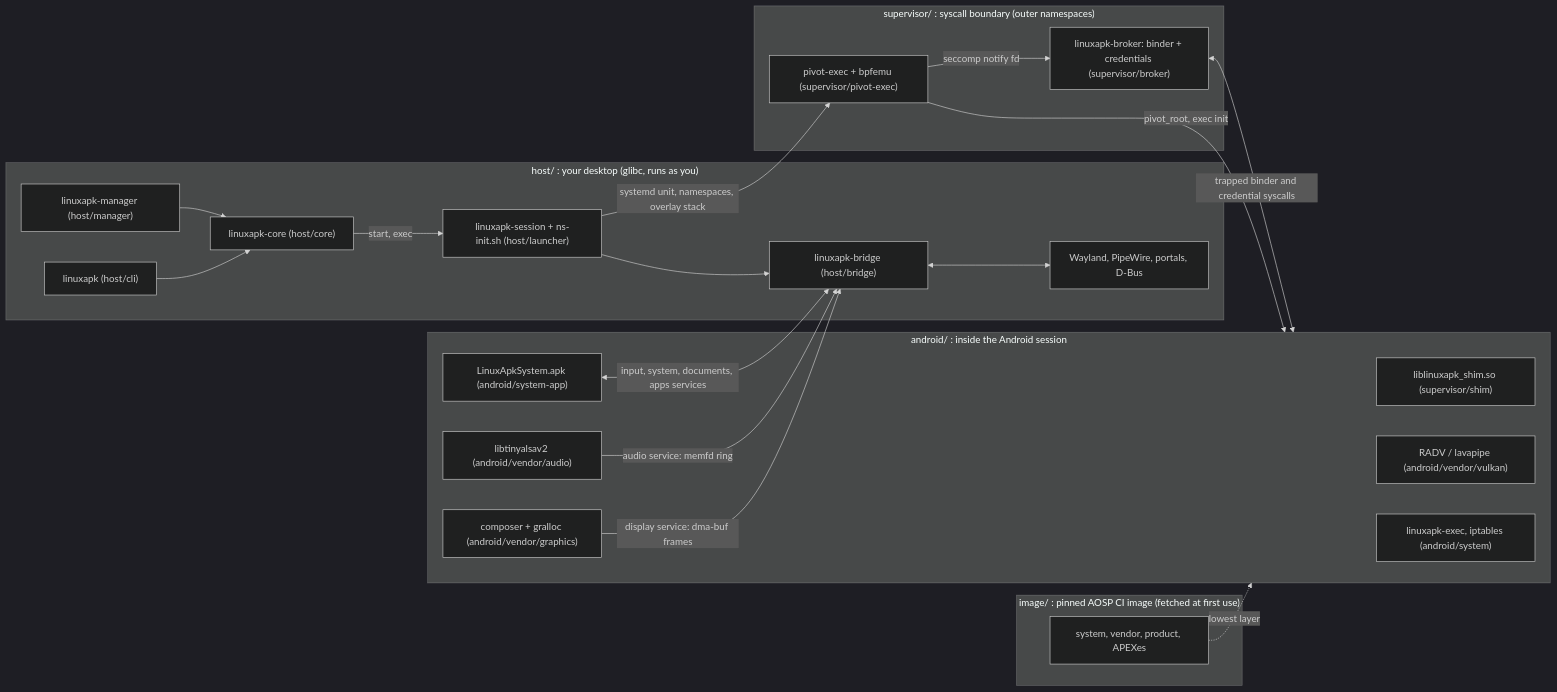
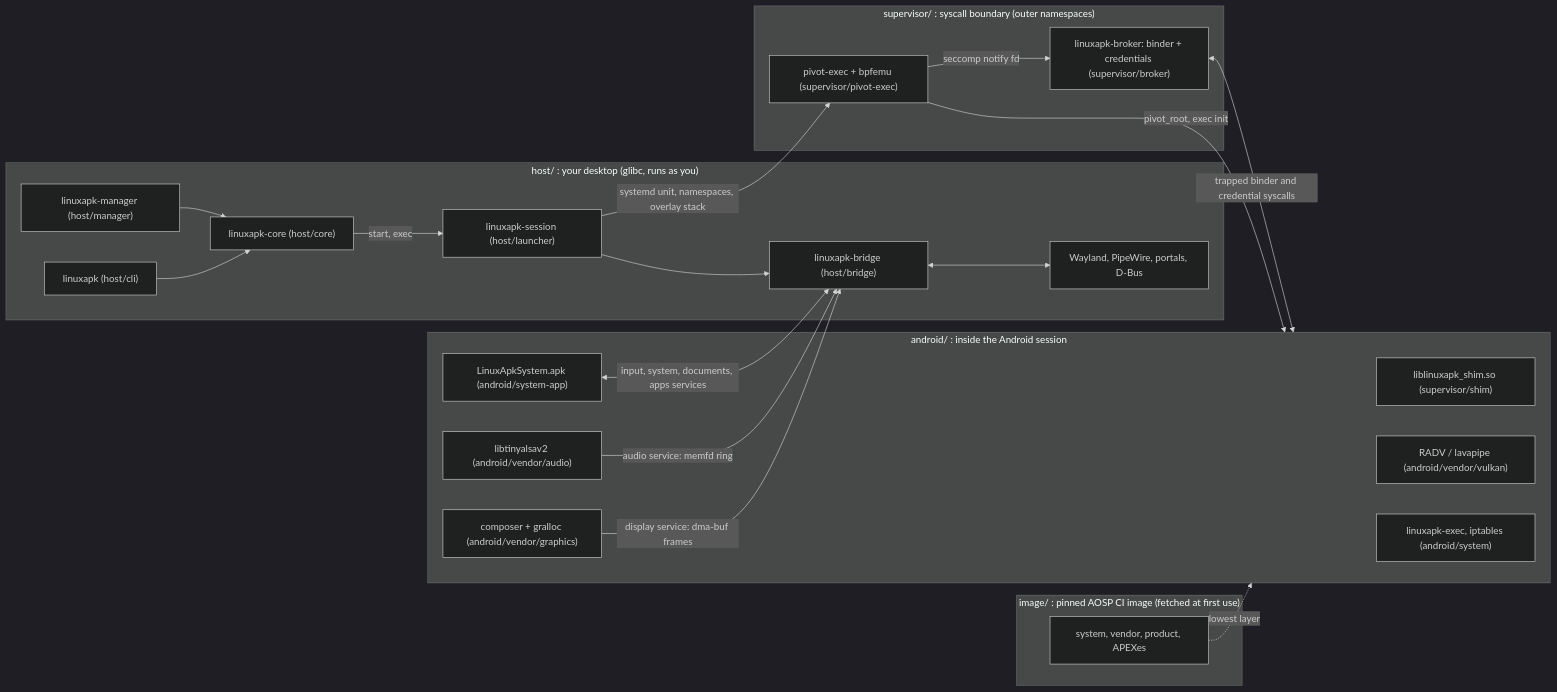
Before and after one commit to sargunv/innkeeper: the diagram in README.md, drawn with Mermaid (dark theme). The commit also changed other lines of this file and 18 other files, not shown here.

````diff
--- a/README.md
+++ b/README.md
@@ -54,39 +54,39 @@
 ```mermaid
 flowchart LR
   subgraph host["host/ : your desktop (glibc, runs as you)"]
     cli["linuxapk (host/cli)"]
     mgr["linuxapk-manager (host/manager)"]
     core["linuxapk-core (host/core)"]
-    launcher["linuxapk-session + ns-init.sh (host/launcher)"]
+    launcher["linuxapk-session (host/launcher)"]
     bridge["linuxapk-bridge (host/bridge)"]
     desk["Wayland, PipeWire, portals, D-Bus"]
   end
   subgraph img["image/ : pinned AOSP CI image (fetched at first use)"]
     aosp["system, vendor, product, APEXes"]
   end
   subgraph sup["supervisor/ : syscall boundary (outer namespaces)"]
     pivot["pivot-exec + bpfemu (supervisor/pivot-exec)"]
     broker["linuxapk-broker: binder + credentials (supervisor/broker)"]
   end
   subgraph and["android/ : inside the Android session"]
     shim["liblinuxapk_shim.so (supervisor/shim)"]
     sysapp["LinuxApkSystem.apk (android/system-app)"]
     hwc["composer + gralloc (android/vendor/graphics)"]
     vk["RADV / lavapipe (android/vendor/vulkan)"]
     snd["libtinyalsav2 (android/vendor/audio)"]
     sysbin["linuxapk-exec, iptables (android/system)"]
   end
   cli --> core
   mgr --> core
   core -->|"start, exec"| launcher
   launcher -->|"systemd unit, namespaces, overlay stack"| pivot
   launcher --> bridge
   aosp -.->|"lowest layer"| and
   pivot -->|"pivot_root, exec init"| and
   pivot -->|"seccomp notify fd"| broker
   broker <-->|"trapped binder and credential syscalls"| and
   hwc -->|"display service: dma-buf frames"| bridge
   snd -->|"audio service: memfd ring"| bridge
   sysapp <-->|"input, system, documents, apps services"| bridge
   bridge <--> desk
 ```
````
